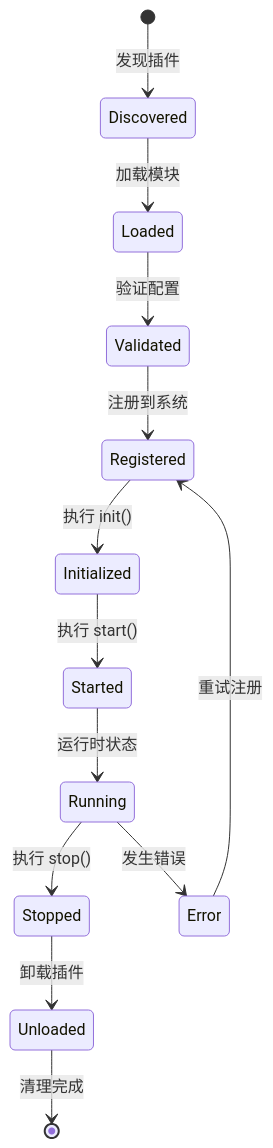
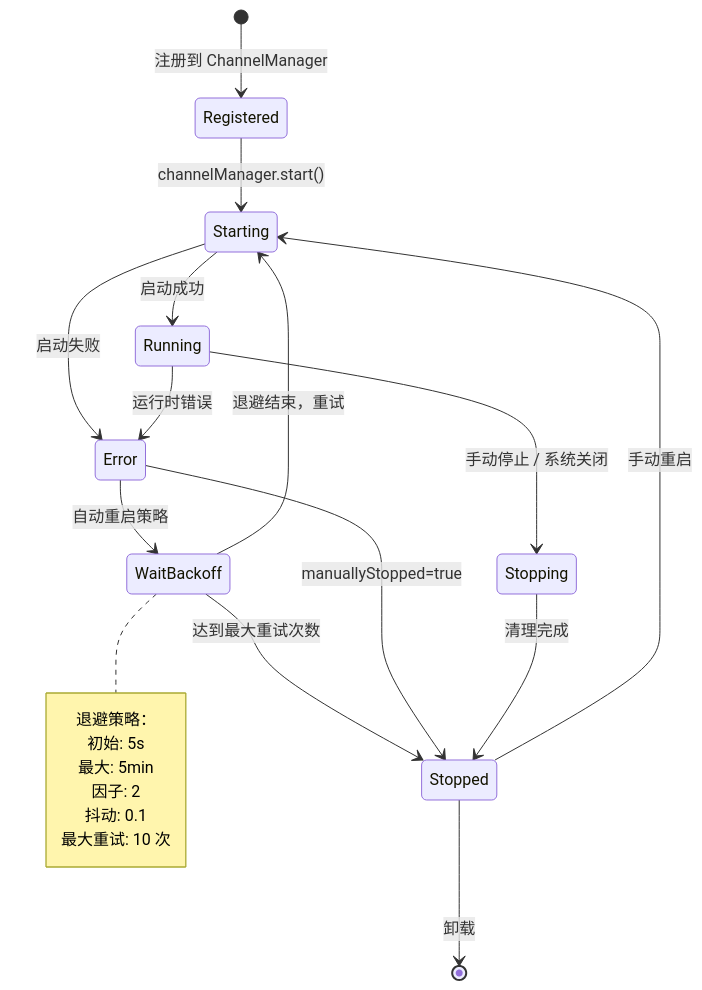
Before and after one commit to caicongyang/bloger: the third of 3 diagrams in openclaw/OPENCLAW-PLUGINS.md, drawn with Mermaid. The commit also changed other lines of this file and 13 other files, not shown here.

````diff
--- a/openclaw/OPENCLAW-PLUGINS.md
+++ b/openclaw/OPENCLAW-PLUGINS.md
@@ -243,16 +332,29 @@
 ```mermaid
 stateDiagram-v2
-    [*] --> Discovered: 发现插件
-    Discovered --> Loaded: 加载模块
-    Loaded --> Validated: 验证配置
-    Validated --> Registered: 注册到系统
-    Registered --> Initialized: 执行 init()
-    Initialized --> Started: 执行 start()
-    Started --> Running: 运行时状态
-    Running --> Stopped: 执行 stop()
-    Stopped --> Unloaded: 卸载插件
-    Unloaded --> [*]: 清理完成
+    [*] --> Registered: 注册到 ChannelManager
+    Registered --> Starting: channelManager.start()
+    Starting --> Running: 启动成功
+    Starting --> Error: 启动失败
     
-    Running --> Error: 发生错误
-    Error --> Registered: 重试注册
+    Running --> Stopping: 手动停止 / 系统关闭
+    Running --> Error: 运行时错误
+    
+    Error --> WaitBackoff: 自动重启策略
+    WaitBackoff --> Starting: 退避结束，重试
+    WaitBackoff --> Stopped: 达到最大重试次数
+    
+    Error --> Stopped: manuallyStopped=true
+    
+    Stopping --> Stopped: 清理完成
+    Stopped --> Starting: 手动重启
+    Stopped --> [*]: 卸载
+    
+    note right of WaitBackoff
+        退避策略：
+        初始: 5s
+        最大: 5min
+        因子: 2
+        抖动: 0.1
+        最大重试: 10 次
+    end note
 ```
````
